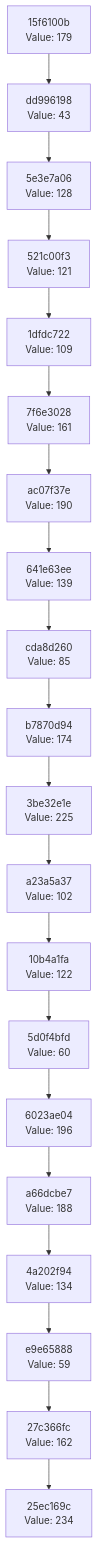
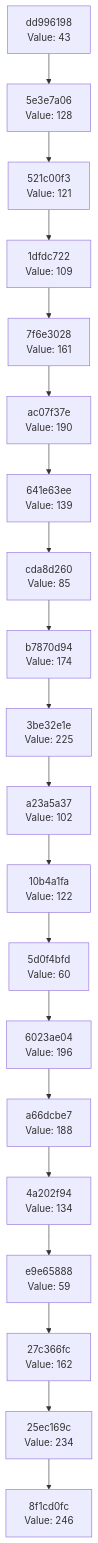
One commit to Abhisheksinha1506/hash-chain-evolver changed the diagram in docs/CHAIN_VISUALIZATION.md. Above: the diagram before and after it, drawn with Mermaid. The commit also changed 2 other files, not shown here.

Commit message:
Evolution Step

````diff
--- a/docs/CHAIN_VISUALIZATION.md
+++ b/docs/CHAIN_VISUALIZATION.md
@@ -3,42 +3,42 @@
 ```mermaid
 graph TD
-    C0["25ec169c<br/>Value: 234"]
-    C1["27c366fc<br/>Value: 162"]
+    C0["8f1cd0fc<br/>Value: 246"]
+    C1["25ec169c<br/>Value: 234"]
     C1 --> C0
-    C2["e9e65888<br/>Value: 59"]
+    C2["27c366fc<br/>Value: 162"]
     C2 --> C1
-    C3["4a202f94<br/>Value: 134"]
+    C3["e9e65888<br/>Value: 59"]
     C3 --> C2
-    C4["a66dcbe7<br/>Value: 188"]
+    C4["4a202f94<br/>Value: 134"]
     C4 --> C3
-    C5["6023ae04<br/>Value: 196"]
+    C5["a66dcbe7<br/>Value: 188"]
     C5 --> C4
-    C6["5d0f4bfd<br/>Value: 60"]
+    C6["6023ae04<br/>Value: 196"]
     C6 --> C5
-    C7["10b4a1fa<br/>Value: 122"]
+    C7["5d0f4bfd<br/>Value: 60"]
     C7 --> C6
-    C8["a23a5a37<br/>Value: 102"]
+    C8["10b4a1fa<br/>Value: 122"]
     C8 --> C7
-    C9["3be32e1e<br/>Value: 225"]
+    C9["a23a5a37<br/>Value: 102"]
     C9 --> C8
-    C10["b7870d94<br/>Value: 174"]
+    C10["3be32e1e<br/>Value: 225"]
     C10 --> C9
-    C11["cda8d260<br/>Value: 85"]
+    C11["b7870d94<br/>Value: 174"]
     C11 --> C10
-    C12["641e63ee<br/>Value: 139"]
+    C12["cda8d260<br/>Value: 85"]
     C12 --> C11
-    C13["ac07f37e<br/>Value: 190"]
+    C13["641e63ee<br/>Value: 139"]
     C13 --> C12
-    C14["7f6e3028<br/>Value: 161"]
+    C14["ac07f37e<br/>Value: 190"]
     C14 --> C13
-    C15["1dfdc722<br/>Value: 109"]
+    C15["7f6e3028<br/>Value: 161"]
     C15 --> C14
-    C16["521c00f3<br/>Value: 121"]
+    C16["1dfdc722<br/>Value: 109"]
     C16 --> C15
-    C17["5e3e7a06<br/>Value: 128"]
+    C17["521c00f3<br/>Value: 121"]
     C17 --> C16
-    C18["dd996198<br/>Value: 43"]
+    C18["5e3e7a06<br/>Value: 128"]
     C18 --> C17
-    C19["15f6100b<br/>Value: 179"]
+    C19["dd996198<br/>Value: 43"]
     C19 --> C18
 ```
````
